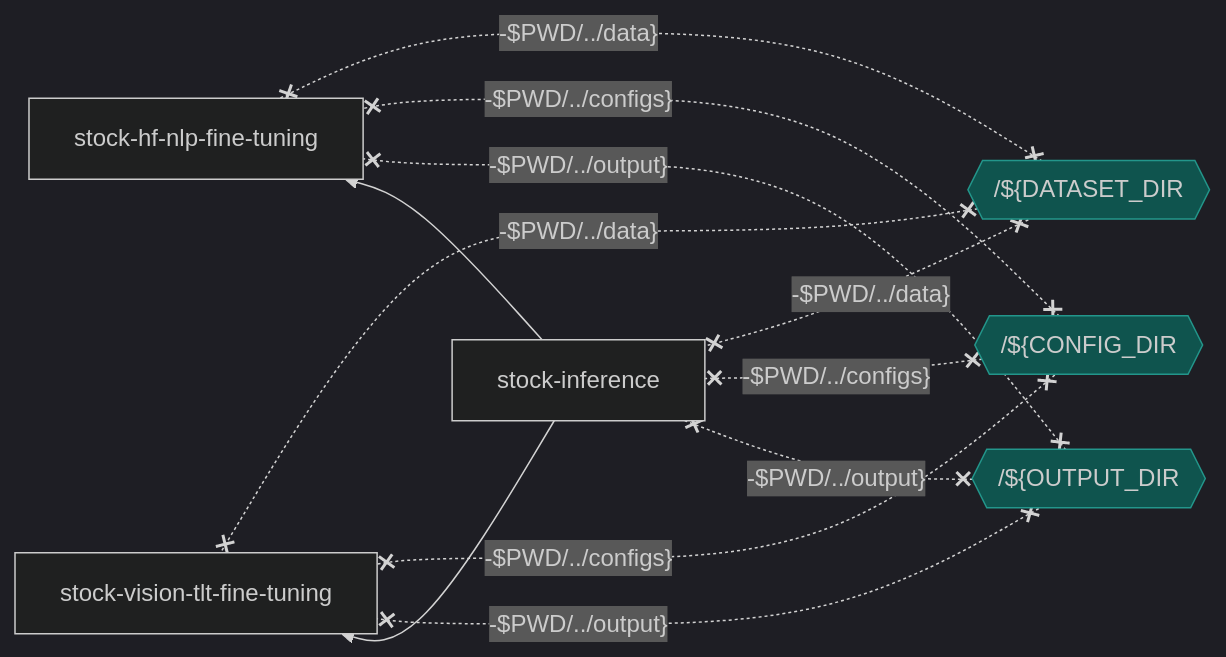
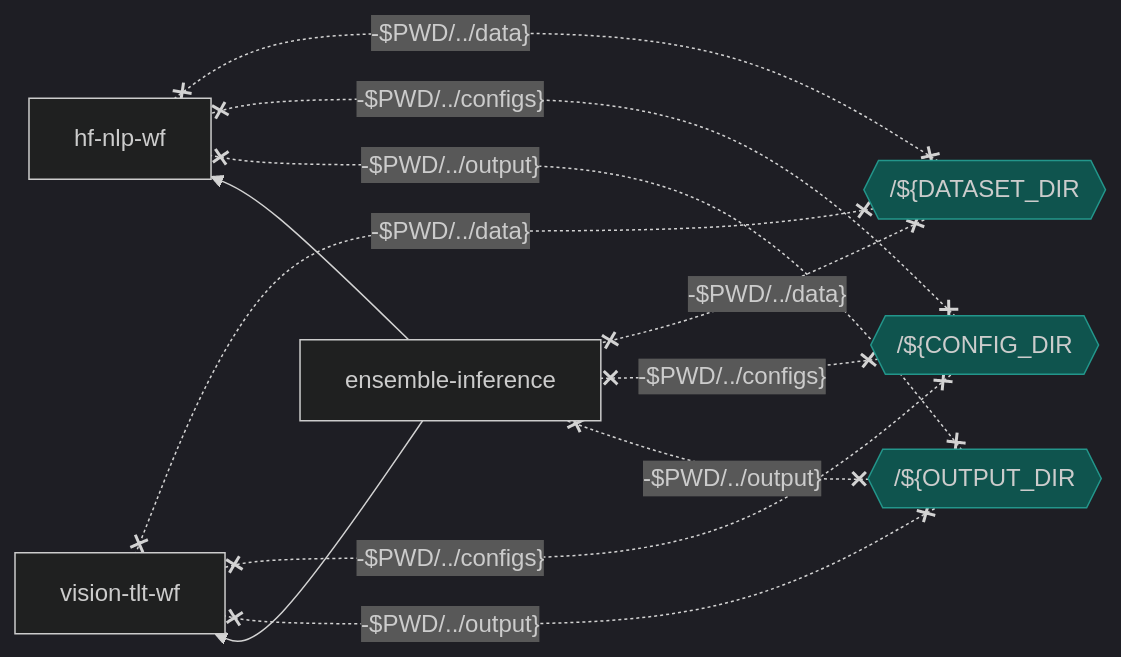
The first of 5 diagrams in README.md (intel/disease-prediction), drawn with Mermaid before and after one commit. The commit also changed other lines of this file and 24 other files, not shown here.

````diff
--- a/README.md
+++ b/README.md
@@ -154,18 +182,18 @@
 ```mermaid
 %%{init: {'theme': 'dark'}}%%
 flowchart RL
-  VDATASETDIR{{"/${DATASET_DIR"}} x-. "-$PWD/../data}" .-x stockhfnlpfinetuning[stock-hf-nlp-fine-tuning]
-  VCONFIGDIR{{"/${CONFIG_DIR"}} x-. "-$PWD/../configs}" .-x stockhfnlpfinetuning
-  VOUTPUTDIR{{"/${OUTPUT_DIR"}} x-. "-$PWD/../output}" .-x stockhfnlpfinetuning
-  VDATASETDIR x-. "-$PWD/../data}" .-x stockvisiontltfinetuning[stock-vision-tlt-fine-tuning]
-  VCONFIGDIR x-. "-$PWD/../configs}" .-x stockvisiontltfinetuning
-  VOUTPUTDIR x-. "-$PWD/../output}" .-x stockvisiontltfinetuning
-  VDATASETDIR x-. "-$PWD/../data}" .-x stockinference[stock-inference]
-  VCONFIGDIR x-. "-$PWD/../configs}" .-x stockinference
-  VOUTPUTDIR x-. "-$PWD/../output}" .-x stockinference
-  stockinference --> stockhfnlpfinetuning
-  stockinference --> stockvisiontltfinetuning
+  VDATASETDIR{{"/${DATASET_DIR"}} x-. "-$PWD/../data}" .-x hf-nlp-wf[hf-nlp-wf]
+  VCONFIGDIR{{"/${CONFIG_DIR"}} x-. "-$PWD/../configs}" .-x hf-nlp-wf
+  VOUTPUTDIR{{"/${OUTPUT_DIR"}} x-. "-$PWD/../output}" .-x hf-nlp-wf
+  VDATASETDIR x-. "-$PWD/../data}" .-x vision-tlt-wf[vision-tlt-wf]
+  VCONFIGDIR x-. "-$PWD/../configs}" .-x vision-tlt-wf
+  VOUTPUTDIR x-. "-$PWD/../output}" .-x vision-tlt-wf
+  VDATASETDIR x-. "-$PWD/../data}" .-x ensemble-inference[ensemble-inference]
+  VCONFIGDIR x-. "-$PWD/../configs}" .-x ensemble-inference
+  VOUTPUTDIR x-. "-$PWD/../output}" .-x ensemble-inference
+  ensemble-inference --> hf-nlp-wf
+  ensemble-inference --> vision-tlt-wf
 
   classDef volumes fill:#0f544e,stroke:#23968b
   class VDATASETDIR,VCONFIGDIR,VOUTPUTDIR,VDATASETDIR,VCONFIGDIR,VOUTPUTDIR,VDATASETDIR,VCONFIGDIR,VOUTPUTDIR volumes
 ```
````
